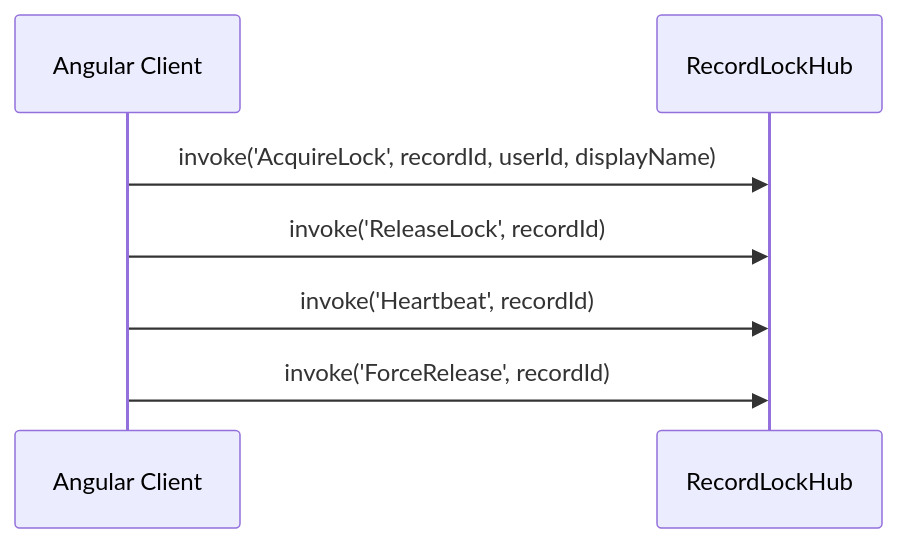
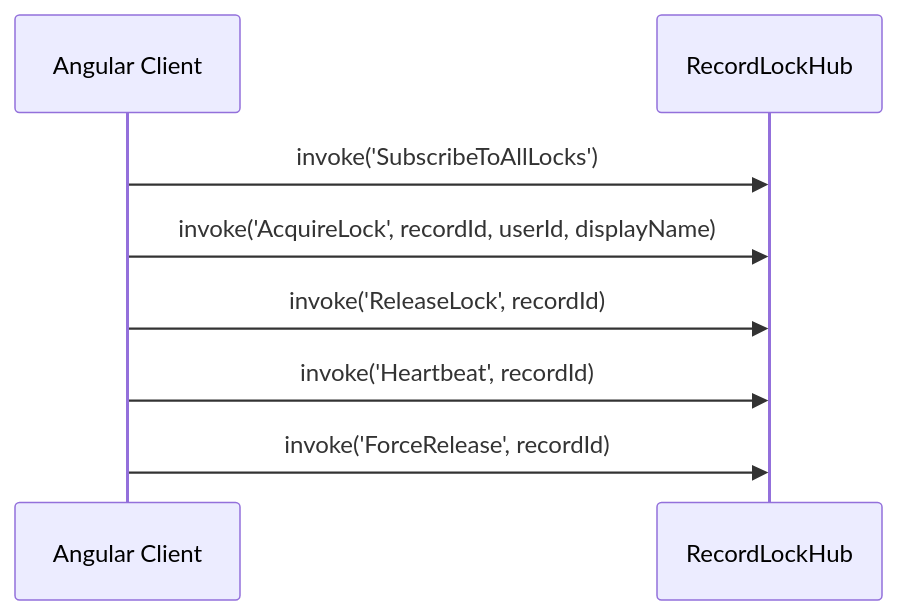
One commit to jasveersingh-tz/signalR changed the third of 9 diagrams in docs/ARCHITECTURE.md. Above: the diagram before and after it, drawn with Mermaid. The commit also changed other lines of this file, not shown here.

Commit message:
architecture updated as per latest flow

````diff
--- a/docs/ARCHITECTURE.md
+++ b/docs/ARCHITECTURE.md
@@ -89,10 +94,11 @@
 ```mermaid
 sequenceDiagram
     participant C as Angular Client
     participant H as RecordLockHub
 
+    C->>H: invoke('SubscribeToAllLocks')
     C->>H: invoke('AcquireLock', recordId, userId, displayName)
     C->>H: invoke('ReleaseLock', recordId)
     C->>H: invoke('Heartbeat', recordId)
     C->>H: invoke('ForceRelease', recordId)
 ```
````
